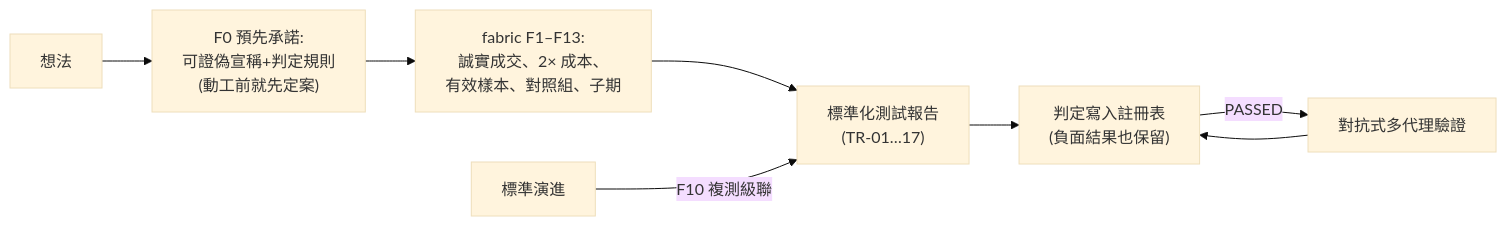
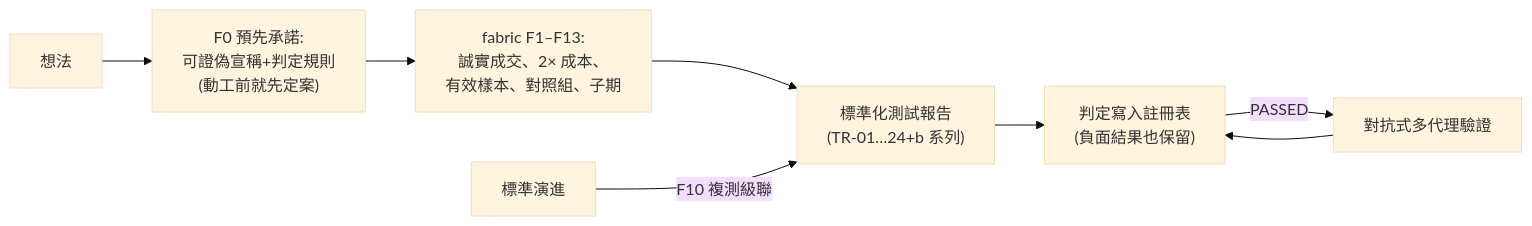
One commit to romarin-hsieh/trading-analysis changed the second of 2 diagrams in README.md. Above: the diagram before and after it, drawn with Mermaid (base theme). The commit also changed other lines of this file and 8 other files, not shown here.

````diff
--- a/README.md
+++ b/README.md
@@ -190,10 +226,10 @@
 ```mermaid
 flowchart LR
     A[想法] --> B["F0 預先承諾:<br/>可證偽宣稱+判定規則<br/>(動工前就先定案)"]
     B --> C["fabric F1–F13:<br/>誠實成交、2× 成本、<br/>有效樣本、對照組、子期"]
-    C --> D["標準化測試報告<br/>(TR-01…17)"]
+    C --> D["標準化測試報告<br/>(TR-01…24+b 系列)"]
     D --> E["判定寫入註冊表<br/>(負面結果也保留)"]
     E -- "PASSED" --> F["對抗式多代理驗證"]
     F --> E
     G["標準演進"] -- "F10 複測級聯" --> D
 ```
````
